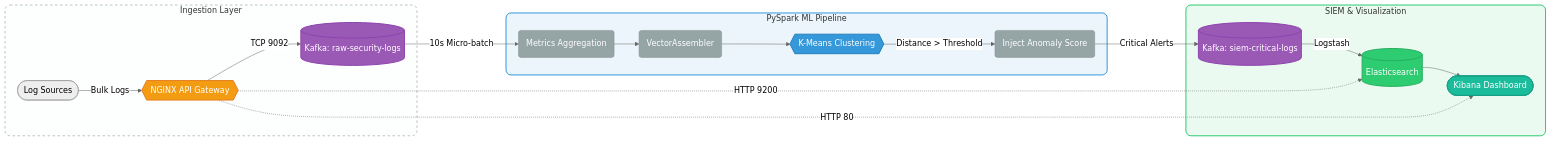
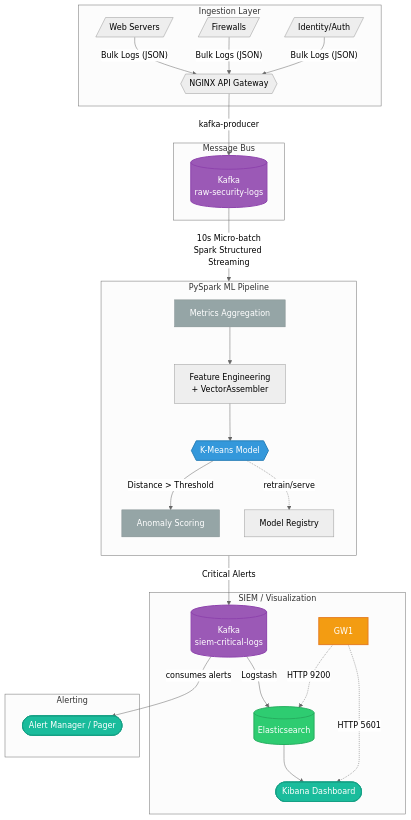
One commit to piyushS3V3N/AnomalyGate changed the diagram in docs/architecture_documentation.md. Above: the diagram before and after it, drawn with Mermaid (neutral theme). The commit also changed other lines of this file and 9 other files, not shown here.

````diff
--- a/docs/architecture_documentation.md
+++ b/docs/architecture_documentation.md
@@ -13,42 +13,48 @@
 ```mermaid
-graph LR
-    subgraph Ingestion [Ingestion Layer]
-        A([Log Sources]) -->|Bulk Logs| N{{"NGINX API Gateway"}}
-        N -->|TCP 9092| B[("Kafka: raw-security-logs")]
-    end
-    
-    subgraph Processing [PySpark ML Pipeline]
-        B -->|10s Micro-batch| C("Metrics Aggregation")
-        C --> D("VectorAssembler")
-        D --> E{{"K-Means Clustering"}}
-        E -->|Distance > Threshold| F("Inject Anomaly Score")
-    end
-    
-    subgraph Storage [SIEM & Visualization]
-        F -->|Critical Alerts| G[("Kafka: siem-critical-logs")]
-        G -->|Logstash| H[("Elasticsearch")]
-        H --> I(["Kibana Dashboard"])
-        
-        N -.->|HTTP 80| I
-        N -.->|HTTP 9200| H
+flowchart TB
+    subgraph Sources ["Ingestion Layer"]
+        S1[/"Web Servers"/] 
+        S2[/"Firewalls"/]
+        S3[/"Identity/Auth"/]
+        S1 & S2 & S3 -->|"Bulk Logs (JSON)"| GW{{"NGINX API Gateway"}}
     end
 
-    %% Beautiful custom styles
-    classDef gateway fill:#f39c12,stroke:#e67e22,stroke-width:2px,color:#fff;
+    subgraph Streaming ["Message Bus"]
+        GW -->|"kafka-producer"| BR1[("Kafka<br/>raw-security-logs")]
+    end
+
+    subgraph ML ["PySpark ML Pipeline"]
+        direction TB
+        BR1 -->|"10s Micro-batch<br/>Spark Structured Streaming"| AGG["Metrics Aggregation"]
+        AGG --> FEAT["Feature Engineering<br/>+ VectorAssembler"]
+        FEAT --> MODEL{{"K-Means Model"}}
+        MODEL -->|"Distance > Threshold"| SCORE["Anomaly Scoring"]
+        MODEL -.->|"retrain/serve"| REG["Model Registry"]
+    end
+
+    subgraph Egress ["SIEM / Visualization"]
+        SCORE -->|"Critical Alerts"| BR2[("Kafka<br/>siem-critical-logs")]
+        BR2 -->|"Logstash"| ES[("Elasticsearch")]
+        ES --> KIB(["Kibana Dashboard"])
+        GW1 -.->|"HTTP 9200"| ES
+        GW1 -.->|"HTTP 5601"| KIB
+    end
+
+    subgraph Alerting ["Alerting"]
+        BR2 -->|"consumes alerts"| ALERT(["Alert Manager / Pager" ])
+    end
+
+    classDef sz fill:#f39c12,stroke:#e67e22,stroke-width:2px,color:#fff;
     classDef broker fill:#9b59b6,stroke:#8e44ad,stroke-width:2px,color:#fff;
     classDef ml fill:#3498db,stroke:#2980b9,stroke-width:2px,color:#fff;
     classDef db fill:#2ecc71,stroke:#27ae60,stroke-width:2px,color:#fff;
     classDef ui fill:#1abc9c,stroke:#16a085,stroke-width:2px,color:#fff;
-    classDef process fill:#95a5a6,stroke:#7f8c8d,stroke-width:1px,color:#fff;
+    classDef misc fill:#95a5a6,stroke:#7f8c8d,stroke-width:1px,color:#fff;
 
-    class N gateway;
-    class B,G broker;
-    class E ml;
-    class H db;
-    class I ui;
-    class C,D,F process;
-
-    style Ingestion fill:#fdfefe,stroke:#bdc3c7,stroke-width:2px,stroke-dasharray: 5 5,rx:10,ry:10
-    style Processing fill:#ebf5fb,stroke:#3498db,stroke-width:2px,rx:10,ry:10
-    style Storage fill:#eafaf1,stroke:#2ecc71,stroke-width:2px,rx:10,ry:10
+    class GW1 sz;
+    class BR1,BR2 broker;
+    class MODEL ml;
+    class ES db;
+    class KIB,ALERT ui;
+    class AGG,FE,SCORE,MTEL misc;
 ```
````
